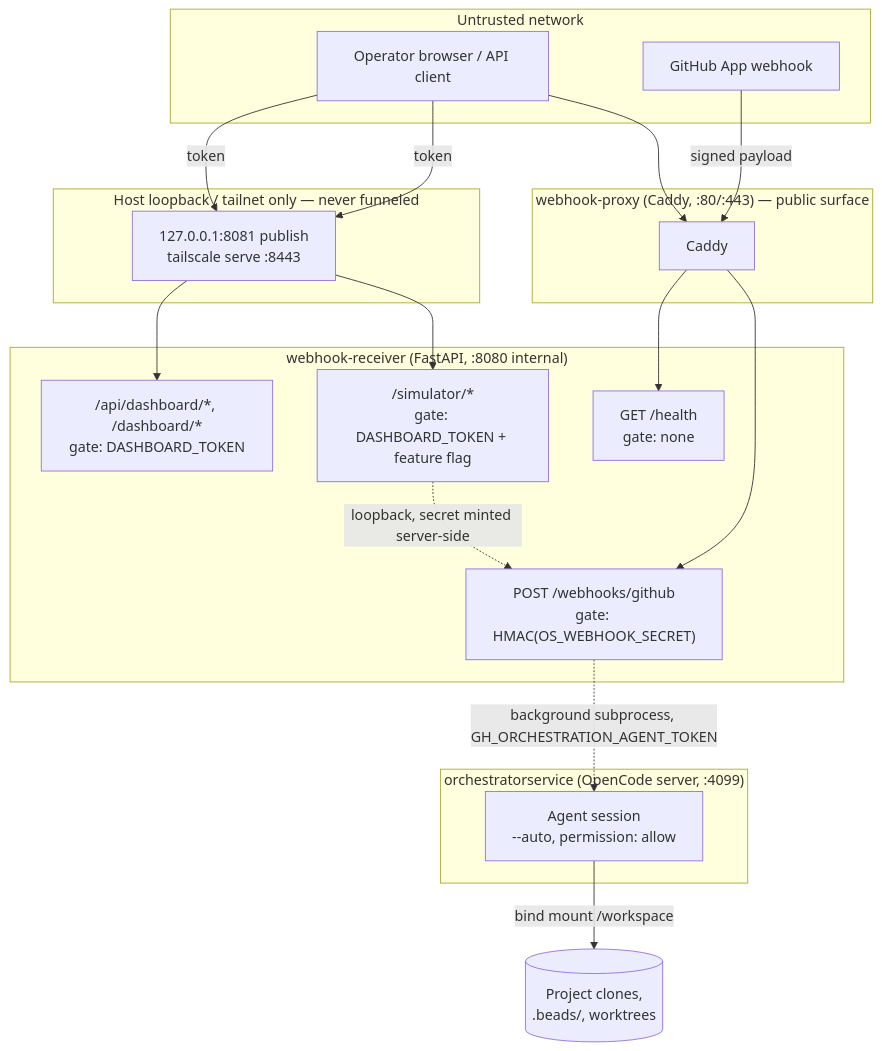
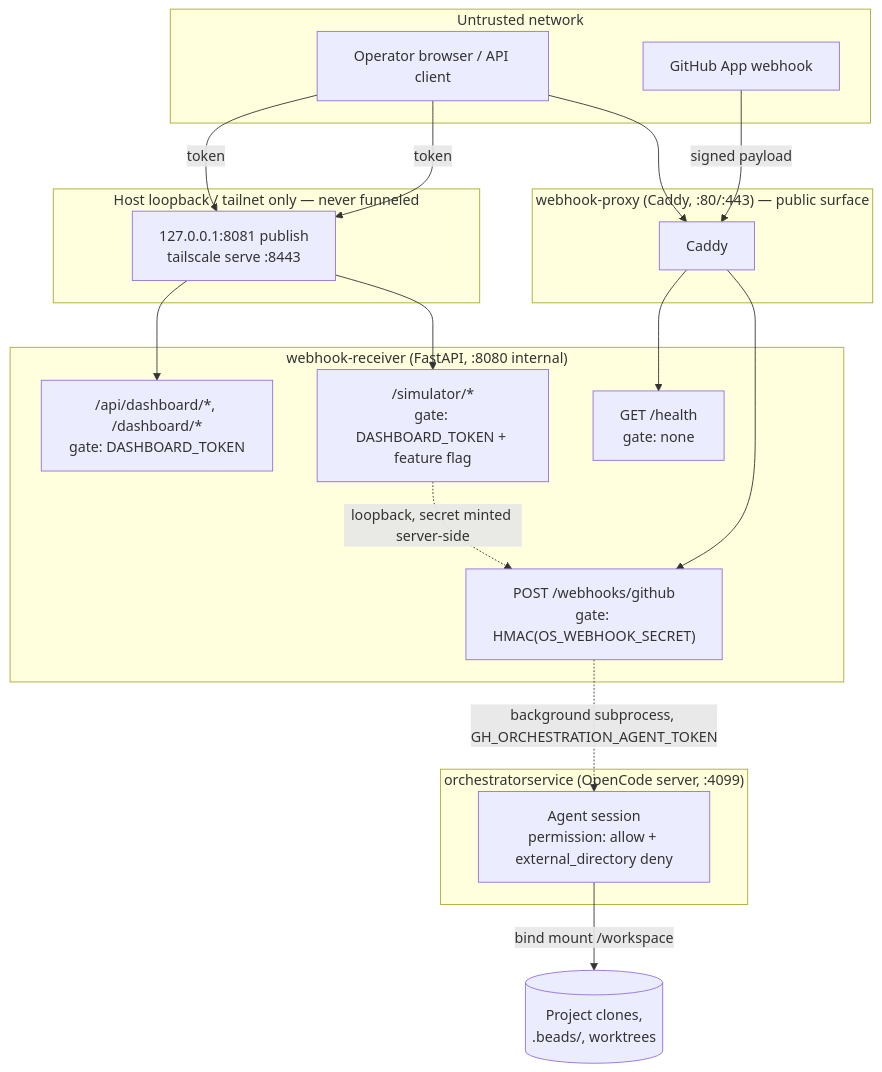
The diagram in droid-wiki/security.md (nam20485/orchestrator-service), drawn with Mermaid before and after one commit. The commit also changed other lines of this file and 21 other files, not shown here.

````diff
--- a/droid-wiki/security.md
+++ b/droid-wiki/security.md
@@ -7,35 +7,35 @@
 ```mermaid
 graph TB
     subgraph Public["Untrusted network"]
         GH[GitHub App webhook]
         Browser[Operator browser / API client]
     end
 
     subgraph Edge["webhook-proxy (Caddy, :80/:443) — public surface"]
         Caddy
     end
 
     subgraph Private["Host loopback / tailnet only — never funneled"]
         Pub["127.0.0.1:8081 publish<br/>tailscale serve :8443"]
     end
 
     subgraph Receiver["webhook-receiver (FastAPI, :8080 internal)"]
         Hook["POST /webhooks/github<br/>gate: HMAC(OS_WEBHOOK_SECRET)"]
         Dash["/api/dashboard/*, /dashboard/*<br/>gate: DASHBOARD_TOKEN"]
         Sim["/simulator/*<br/>gate: DASHBOARD_TOKEN + feature flag"]
         Health["GET /health<br/>gate: none"]
     end
 
     subgraph Agent["orchestratorservice (OpenCode server, :4099)"]
-        OC[Agent session<br/>--auto, permission: allow]
+        OC[Agent session<br/>permission: allow + external_directory deny]
     end
 
     GH -->|signed payload| Caddy --> Hook
     Browser -->|token| Pub --> Dash
     Browser -->|token| Pub --> Sim
     Browser --> Caddy --> Health
 
     Hook -.->|background subprocess, GH_ORCHESTRATION_AGENT_TOKEN| OC
     OC -->|bind mount /workspace| WS[(Project clones,<br/>.beads/, worktrees)]
     Sim -.->|loopback, secret minted server-side| Hook
 ```
````
